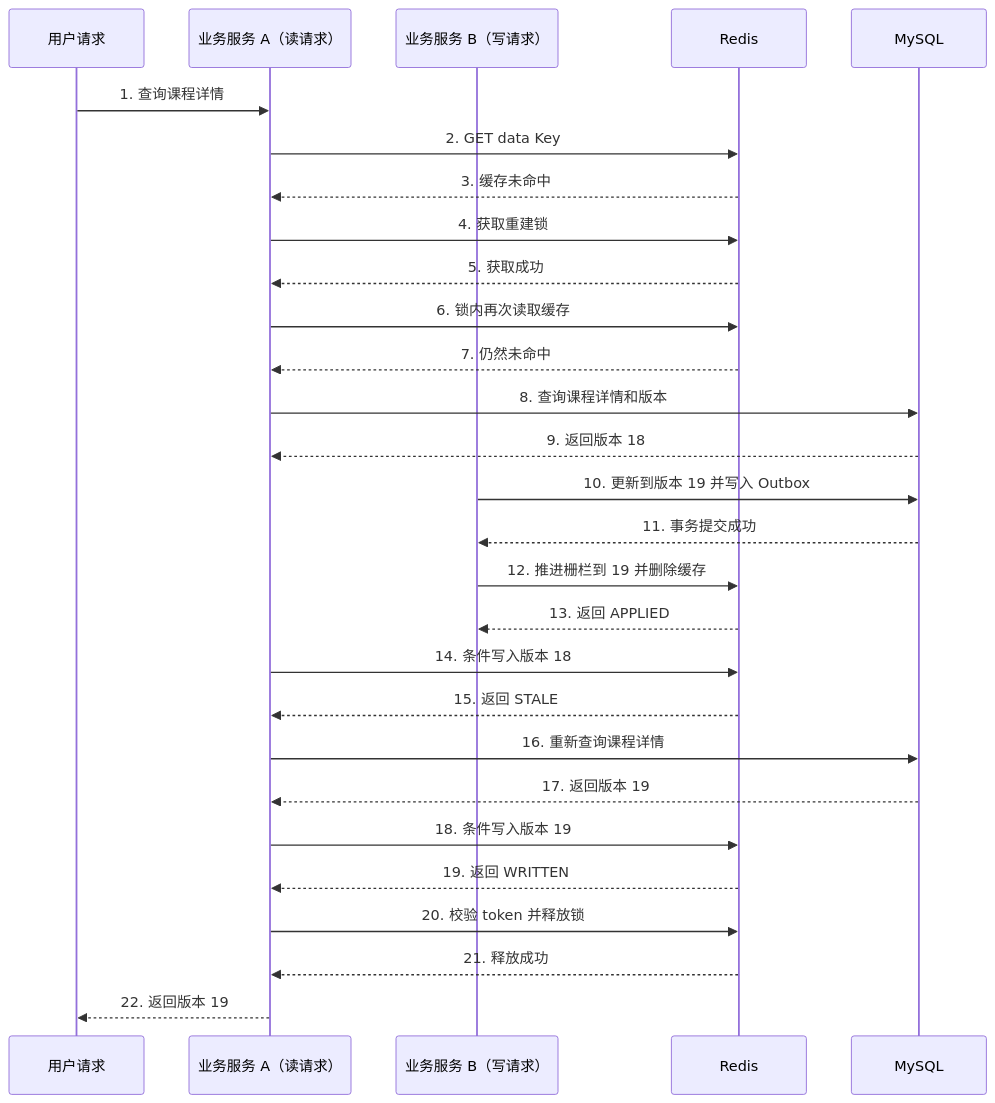
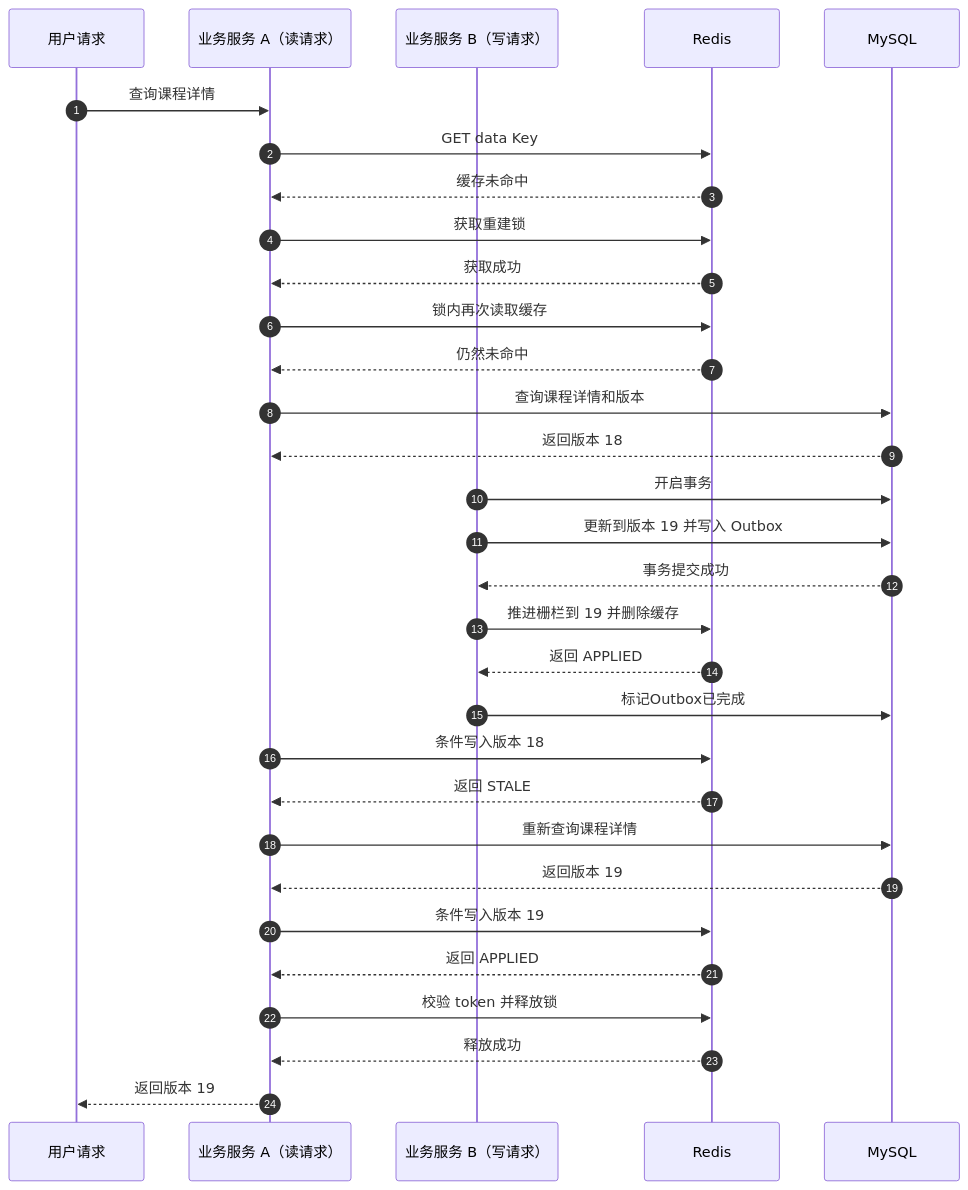
The tenth of 27 diagrams in docs/redis/126-redis-4种缓存模式-分享版-极简版.md (zdl20251023-pixel/agent-frame), drawn with Mermaid before and after one commit. The commit also changed other lines of this file, not shown here.

Commit message:
redis 四大缓存模式 分享-极简版

````diff
--- a/docs/redis/126-redis-4种缓存模式-分享版-极简版.md
+++ b/docs/redis/126-redis-4种缓存模式-分享版-极简版.md
@@ -394,42 +395,46 @@
 ```mermaid
 sequenceDiagram
+    autonumber
     participant Client as 用户请求
     participant ReadService as 业务服务 A（读请求）
     participant WriteService as 业务服务 B（写请求）
     participant Redis as Redis
     participant MySQL as MySQL
 
-    Client->>ReadService: 1. 查询课程详情
+    Client->>ReadService: 查询课程详情
 
-    ReadService->>Redis: 2. GET data Key
-    Redis-->>ReadService: 3. 缓存未命中
+    ReadService->>Redis: GET data Key
+    Redis-->>ReadService: 缓存未命中
 
-    ReadService->>Redis: 4. 获取重建锁
-    Redis-->>ReadService: 5. 获取成功
+    ReadService->>Redis: 获取重建锁
+    Redis-->>ReadService: 获取成功
 
-    ReadService->>Redis: 6. 锁内再次读取缓存
-    Redis-->>ReadService: 7. 仍然未命中
+    ReadService->>Redis: 锁内再次读取缓存
+    Redis-->>ReadService: 仍然未命中
 
-    ReadService->>MySQL: 8. 查询课程详情和版本
-    MySQL-->>ReadService: 9. 返回版本 18
+    ReadService->>MySQL: 查询课程详情和版本
+    MySQL-->>ReadService: 返回版本 18
 
-    WriteService->>MySQL: 10. 更新到版本 19 并写入 Outbox
-    MySQL-->>WriteService: 11. 事务提交成功
+    WriteService->>MySQL: 开启事务
+    WriteService->>MySQL: 更新到版本 19 并写入 Outbox
+    MySQL-->>WriteService: 事务提交成功
 
-    WriteService->>Redis: 12. 推进栅栏到 19 并删除缓存
-    Redis-->>WriteService: 13. 返回 APPLIED
+    WriteService->>Redis: 推进栅栏到 19 并删除缓存
+    Redis-->>WriteService: 返回 APPLIED
 
-    ReadService->>Redis: 14. 条件写入版本 18
-    Redis-->>ReadService: 15. 返回 STALE
+    WriteService->>MySQL: 标记Outbox已完成
 
-    ReadService->>MySQL: 16. 重新查询课程详情
-    MySQL-->>ReadService: 17. 返回版本 19
+    ReadService->>Redis: 条件写入版本 18
+    Redis-->>ReadService: 返回 STALE
 
-    ReadService->>Redis: 18. 条件写入版本 19
-    Redis-->>ReadService: 19. 返回 WRITTEN
+    ReadService->>MySQL: 重新查询课程详情
+    MySQL-->>ReadService: 返回版本 19
 
-    ReadService->>Redis: 20. 校验 token 并释放锁
-    Redis-->>ReadService: 21. 释放成功
+    ReadService->>Redis: 条件写入版本 19
+    Redis-->>ReadService: 返回 APPLIED
 
-    ReadService-->>Client: 22. 返回版本 19
+    ReadService->>Redis: 校验 token 并释放锁
+    Redis-->>ReadService: 释放成功
+
+    ReadService-->>Client: 返回版本 19
 ```
````
